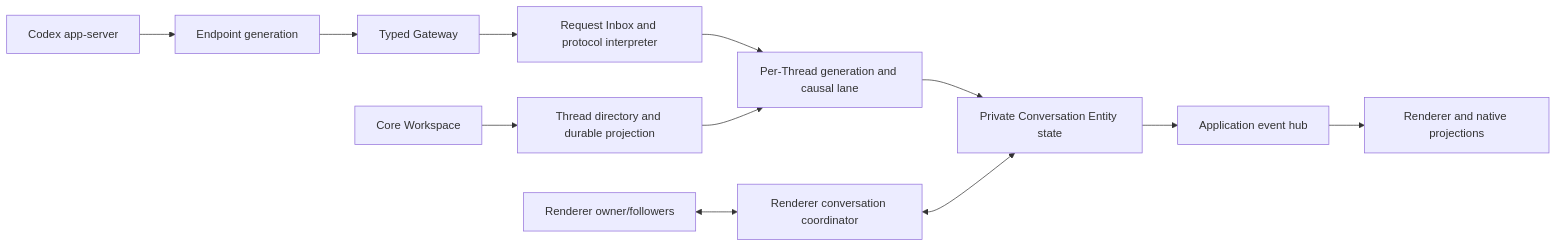
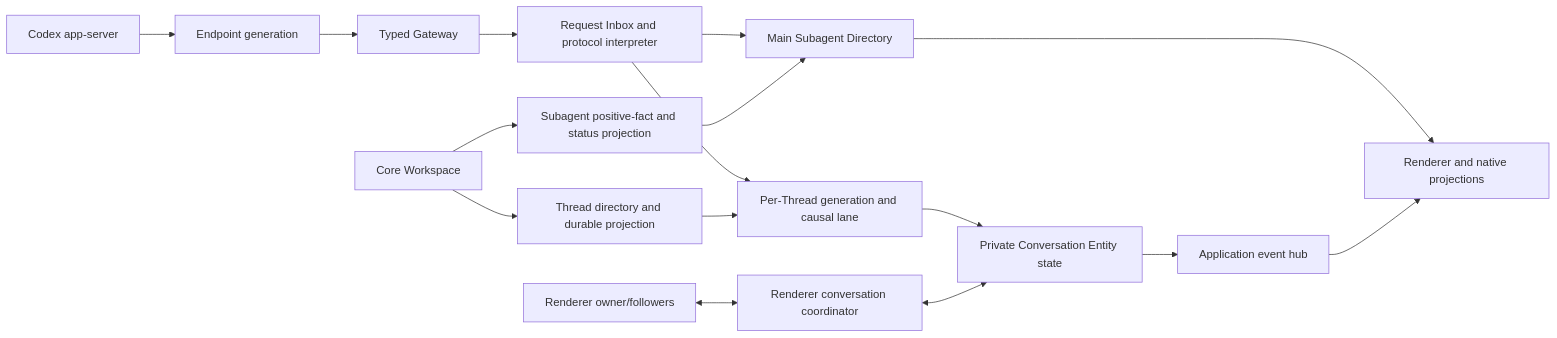
Before and after one commit to junyudev/nodex: the third of 3 diagrams in docs/ARCHITECTURE.md, drawn with Mermaid. The commit also changed other lines of this file and 755 other files, not shown here.

````diff
--- a/docs/ARCHITECTURE.md
+++ b/docs/ARCHITECTURE.md
@@ -622,14 +627,18 @@
 ```mermaid
 flowchart LR
     Server["Codex app-server"] --> Endpoint["Endpoint generation"]
     Endpoint --> Gateway["Typed Gateway"]
     Gateway --> Inbox["Request Inbox and protocol interpreter"]
     Core["Core Workspace"] --> Directory["Thread directory and durable projection"]
+    Core --> Subagents["Subagent positive-fact and status projection"]
     Inbox --> Lane["Per-Thread generation and causal lane"]
     Directory --> Lane
+    Inbox --> SubagentDirectory["Main Subagent Directory"]
+    Subagents --> SubagentDirectory
+    SubagentDirectory --> Projection
     Lane --> Entity["Private Conversation Entity state"]
     Entity --> Events["Application event hub"]
     Events --> Projection["Renderer and native projections"]
     Renderer["Renderer owner/followers"] <--> Coordinator["Renderer conversation coordinator"]
     Coordinator <--> Entity
 ```
````
